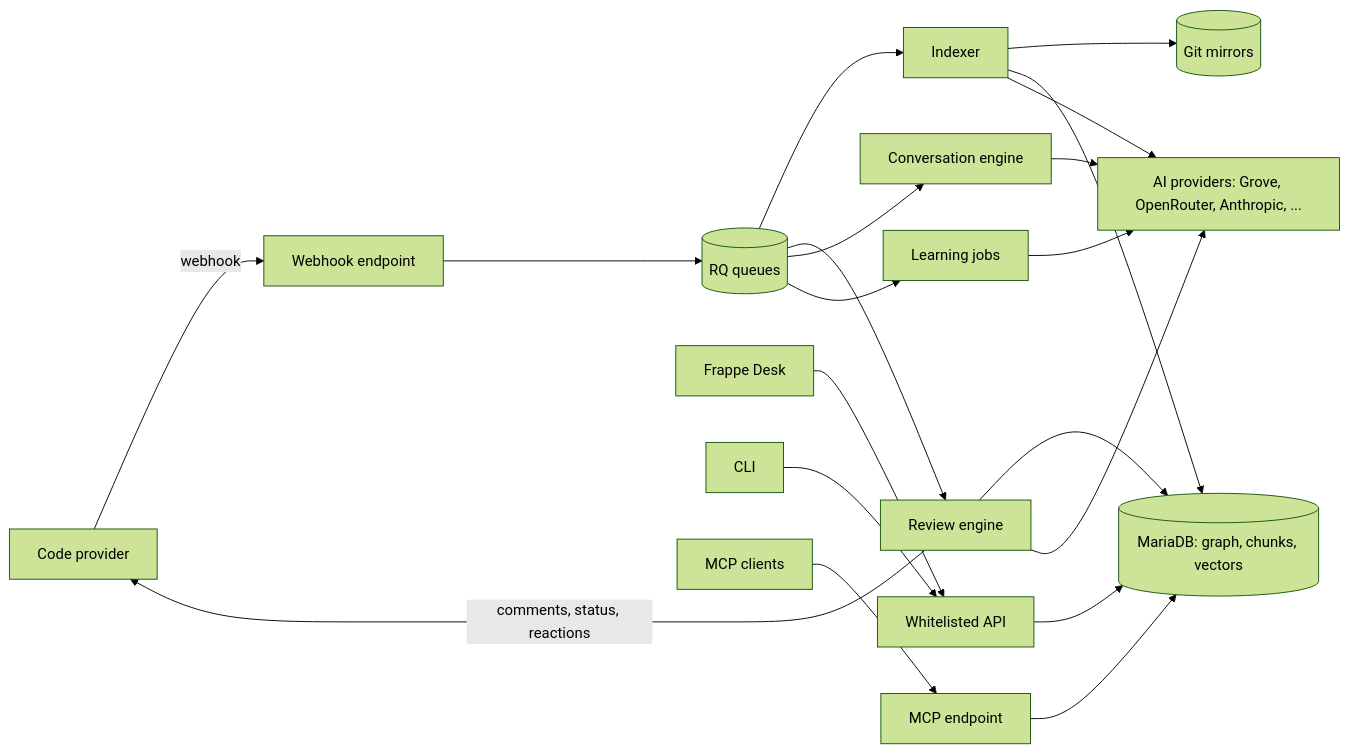
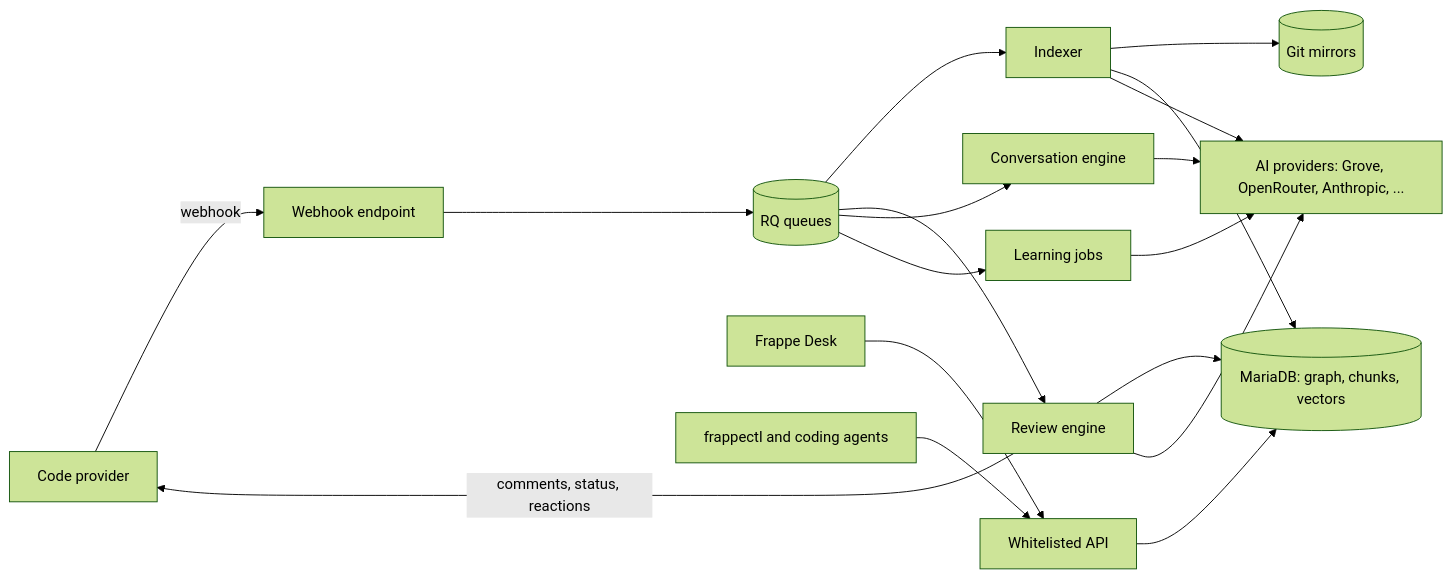
The diagram in docs/spec/02-architecture.md (frappe/guard), drawn with Mermaid (forest theme) before and after one commit. The commit also changed other lines of this file and 30 other files, not shown here.

First line of the commit message:
refactor: remove the guard CLI and the MCP server

````diff
--- a/docs/spec/02-architecture.md
+++ b/docs/spec/02-architecture.md
@@ -5,22 +5,20 @@
 ```mermaid
 flowchart LR
     SCM[Code provider] -- webhook --> WH[Webhook endpoint]
     WH --> Q[(RQ queues)]
     Q --> IDX[Indexer]
     Q --> REV[Review engine]
     Q --> CONV[Conversation engine]
     Q --> LRN[Learning jobs]
     IDX --> GIT[(Git mirrors)]
     IDX --> DB[(MariaDB: graph, chunks, vectors)]
     REV --> DB
     REV --> GW[AI providers: Grove, OpenRouter, Anthropic, ...]
     CONV --> GW
     LRN --> GW
     IDX --> GW
     REV -- comments, status, reactions --> SCM
     UI[Frappe Desk] --> API[Whitelisted API]
-    CLI[CLI] --> API
-    MCP[MCP clients] --> MCPS[MCP endpoint]
+    FCTL[frappectl and coding agents] --> API
     API --> DB
-    MCPS --> DB
 ```
````
